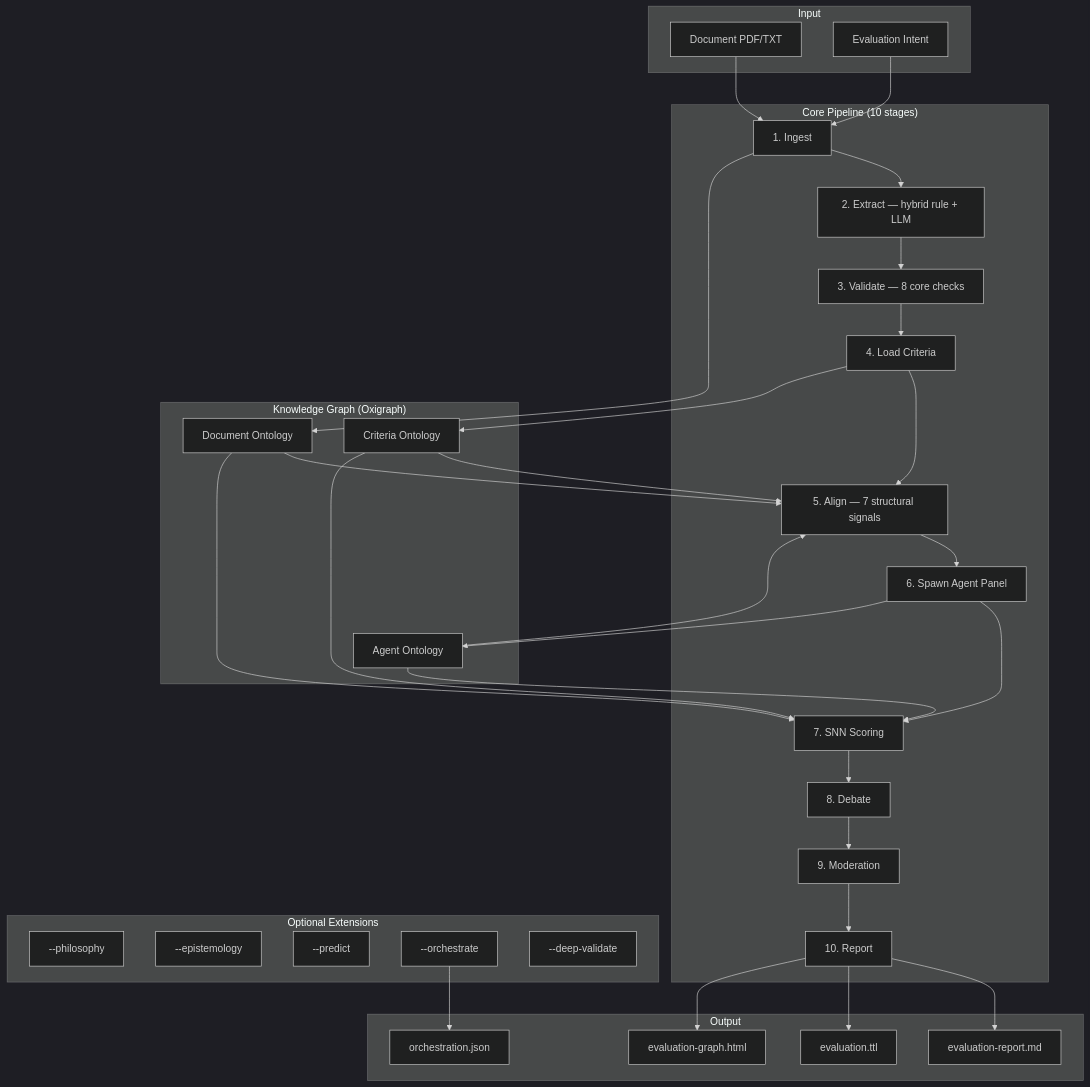
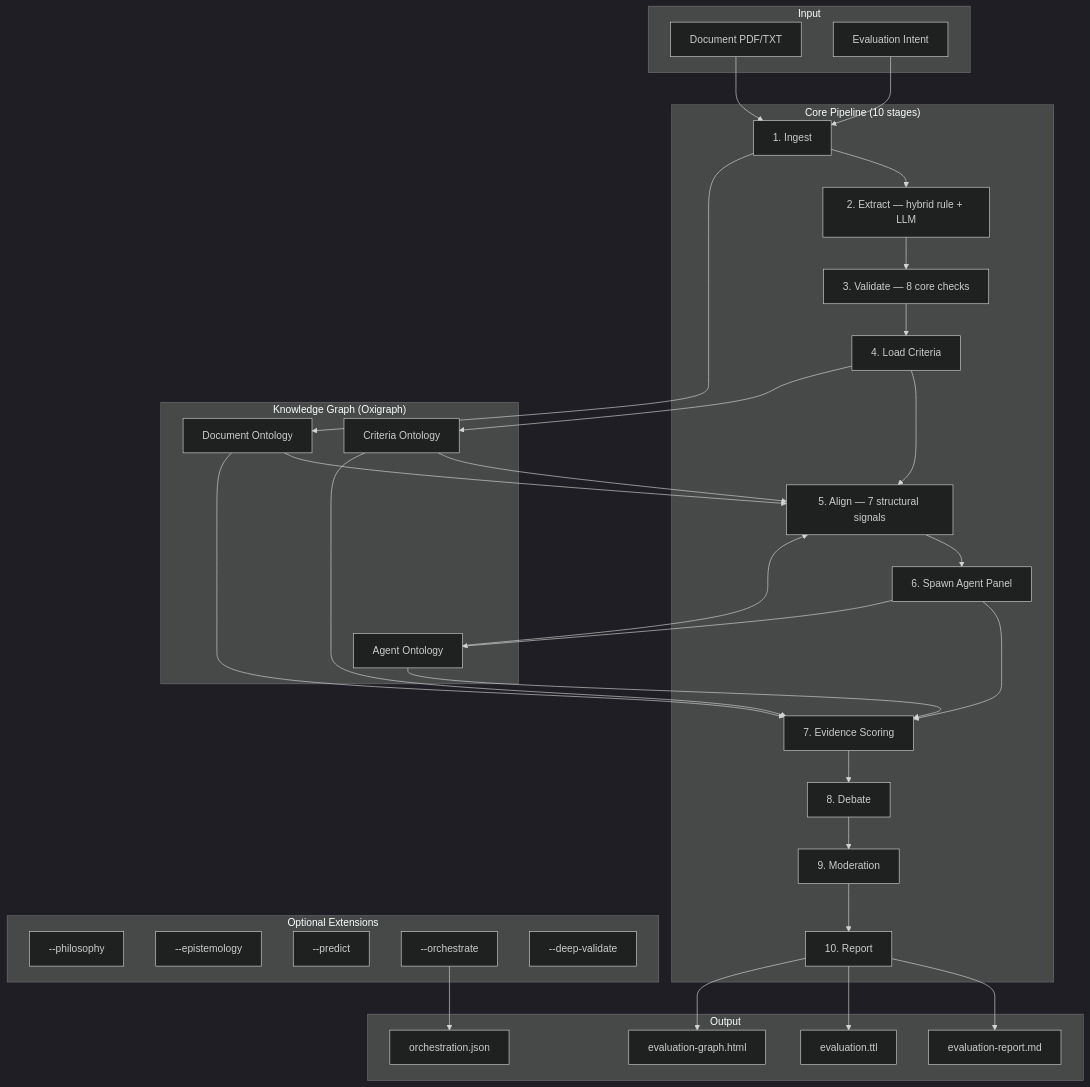
The first of 4 diagrams in README.md (fabio-rovai/brain-in-the-fish), drawn with Mermaid (dark theme) before and after one commit. The commit also changed other lines of this file and 3 other files, not shown here.

````diff
--- a/README.md
+++ b/README.md
@@ -103,52 +105,52 @@
 ```mermaid
 graph TB
     subgraph Input
         DOC[Document PDF/TXT]
         INT[Evaluation Intent]
     end
 
     subgraph "Core Pipeline (10 stages)"
         ING[1. Ingest]
         EXT[2. Extract — hybrid rule + LLM]
         VAL[3. Validate — 8 core checks]
         CRI[4. Load Criteria]
         ALI[5. Align — 7 structural signals]
         SPA[6. Spawn Agent Panel]
-        SNN[7. SNN Scoring]
+        SNN[7. Evidence Scoring]
         DEB[8. Debate]
         MOD[9. Moderation]
         REP[10. Report]
     end
 
     subgraph "Optional Extensions"
         PHI[--philosophy]
         EPI[--epistemology]
         PRE[--predict]
         ORC[--orchestrate]
         DEP[--deep-validate]
     end
 
     subgraph "Knowledge Graph (Oxigraph)"
         DO[Document Ontology]
         CO[Criteria Ontology]
         AO[Agent Ontology]
     end
 
     subgraph Output
         MD[evaluation-report.md]
         TTL[evaluation.ttl]
         HTML[evaluation-graph.html]
         JSON[orchestration.json]
     end
 
     DOC --> ING
     INT --> ING
     ING --> EXT --> VAL --> CRI --> ALI --> SPA --> SNN --> DEB --> MOD --> REP
     ING --> DO
     CRI --> CO
     SPA --> AO
     DO & CO & AO --> ALI
     DO & CO & AO --> SNN
     REP --> MD & TTL & HTML
     ORC --> JSON
 ```
````
